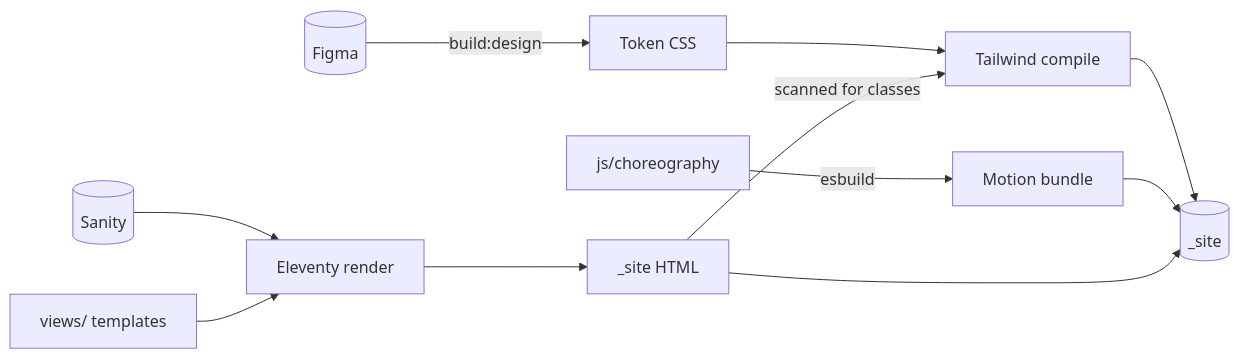
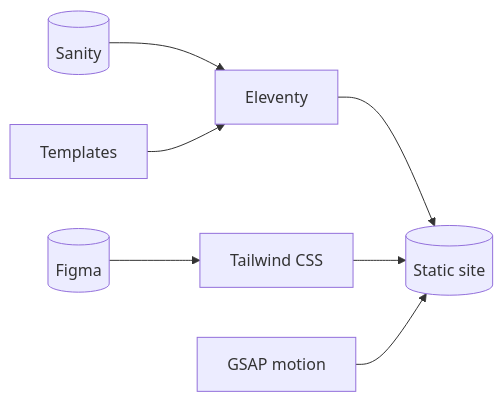
Before and after one commit to datainkio/portfolio-frontend: the diagram in README.md, drawn with Mermaid. The commit also changed other lines of this file and 129 other files, not shown here.

````diff
--- a/README.md
+++ b/README.md
@@ -54,13 +24,9 @@
 ```mermaid
 flowchart LR
-  figma[(Figma)] -- build:design --> tokens[Token CSS]
-  sanity[(Sanity)] --> eleventy[Eleventy render]
-  js[js/choreography] -- esbuild --> bundle[Motion bundle]
-  views[views/ templates] --> eleventy
-  eleventy --> html[_site HTML]
-  tokens --> tailwind[Tailwind compile]
-  html -- scanned for classes --> tailwind
-  tailwind --> site[(_site)]
-  bundle --> site
-  html --> site
+  figma[(Figma)] --> css[Tailwind CSS]
+  sanity[(Sanity)] --> eleventy[Eleventy]
+  views[Templates] --> eleventy
+  eleventy --> site[(Static site)]
+  css --> site
+  gsap[GSAP motion] --> site
 ```
````
